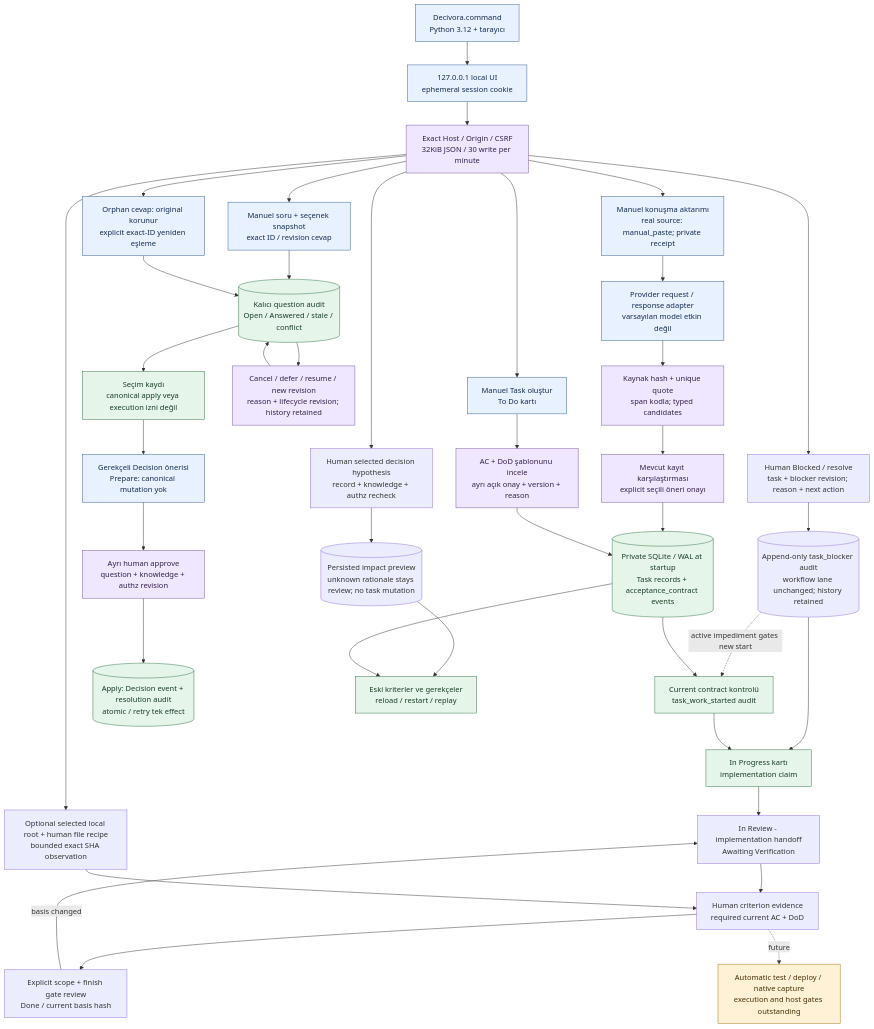
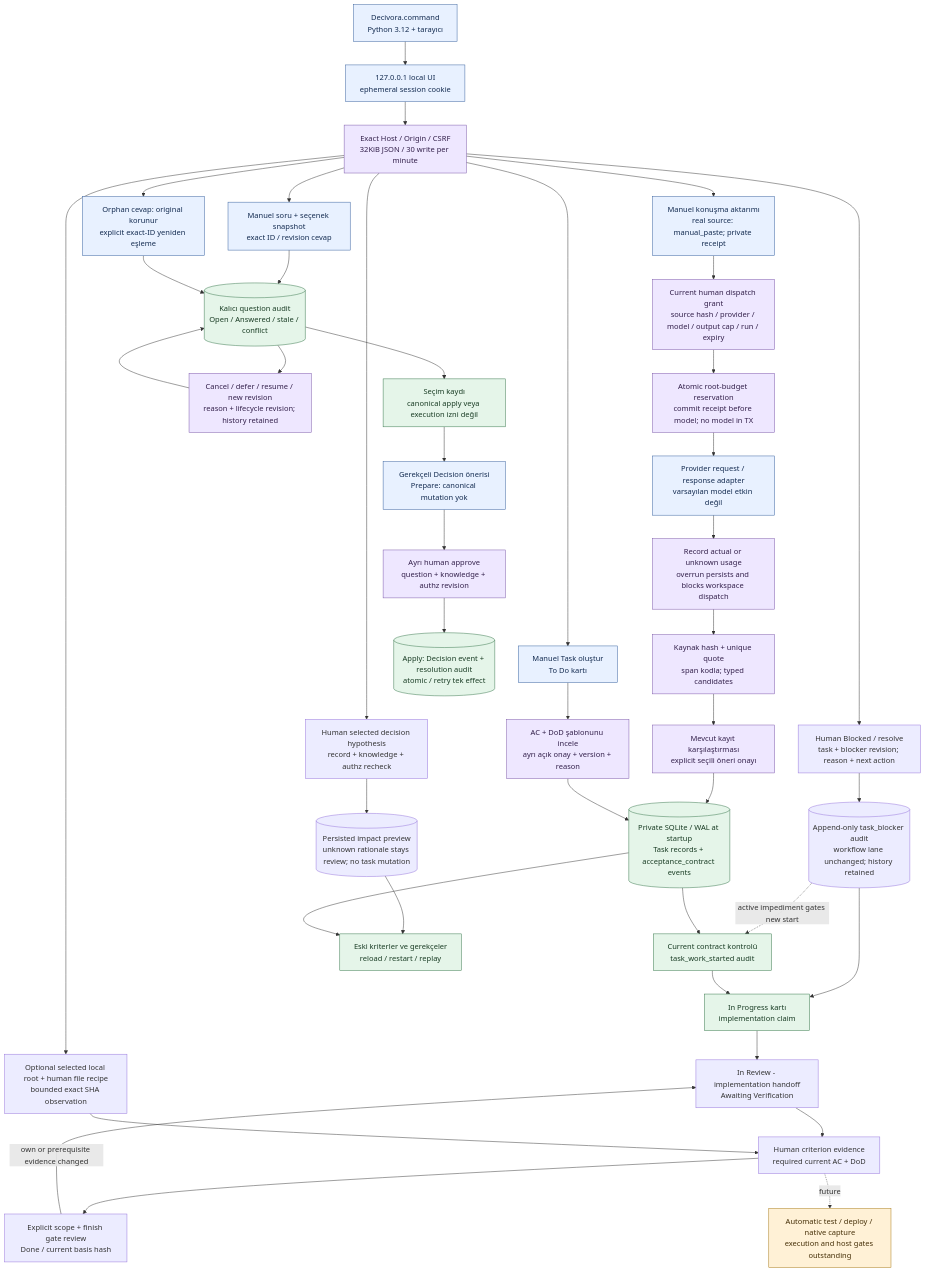
One commit to alphanAkbulut/decivora changed the diagram in docs/architecture/local-preview.md. Above: the diagram before and after it, drawn with Mermaid. The commit also changed other lines of this file and 36 other files, not shown here.

Commit message:
Fix completion propagation and dispatch budget guards; verify all diagrams and UI in CI

````diff
--- a/docs/architecture/local-preview.md
+++ b/docs/architecture/local-preview.md
@@ -5,52 +5,55 @@
 ```mermaid
 flowchart TB
     accTitle: Çalışan yerel program, onaylı AC ve kalıcı kayıt
     accDescr: Launcher yalnız loopback server açar. Ephemeral yerel session ve CSRF kontrolü gerekir. Manuel görev ve AC kalıcı SQLite'a yazılır. In Progress çalışma beyanıdır, Done yalnız güncel yerel human-review kriterleri ve finish gates geçince üretilir; automatic verifier açık kalır.
     L["Decivora.command<br/>Python 3.12 + tarayıcı"] --> S["127.0.0.1 local UI<br/>ephemeral session cookie"]
     S --> G["Exact Host / Origin / CSRF<br/>32KiB JSON / 30 write per minute"]
     G --> I0["Manuel konuşma aktarımı<br/>real source: manual_paste; private receipt"]
-    I0 --> M0["Provider request / response adapter<br/>varsayılan model etkin değil"]
-    M0 --> K0["Kaynak hash + unique quote<br/>span kodla; typed candidates"]
+    I0 --> MG["Current human dispatch grant<br/>source hash / provider / model / output cap / run / expiry"]
+    MG --> BR["Atomic root-budget reservation<br/>commit receipt before model; no model in TX"]
+    BR --> M0["Provider request / response adapter<br/>varsayılan model etkin değil"]
+    M0 --> US["Record actual or unknown usage<br/>overrun persists and blocks workspace dispatch"]
+    US --> K0["Kaynak hash + unique quote<br/>span kodla; typed candidates"]
     K0 --> E0["Mevcut kayıt karşılaştırması<br/>explicit seçili öneri onayı"]
     E0 --> D
     G --> F0["Human Blocked / resolve<br/>task + blocker revision; reason + next action"]
     F0 --> F1[("Append-only task_blocker audit<br/>workflow lane unchanged; history retained")]
     F1 --> B
     F1 -. active impediment gates new start .-> W
     G --> T["Manuel Task oluştur<br/>To Do kartı"]
     G --> Q["Manuel soru + seçenek snapshot<br/>exact ID / revision cevap"]
     Q --> R[("Kalıcı question audit<br/>Open / Answered / stale / conflict")]
     R --> Z["Cancel / defer / resume / new revision<br/>reason + lifecycle revision; history retained"]
     Z --> R
     G --> U["Orphan cevap: original korunur<br/>explicit exact-ID yeniden eşleme"]
     U --> R
     R --> N["Seçim kaydı<br/>canonical apply veya execution izni değil"]
     N --> P["Gerekçeli Decision önerisi<br/>Prepare: canonical mutation yok"]
     P --> O["Ayrı human approve<br/>question + knowledge + authz revision"]
     O --> C[("Apply: Decision event + resolution audit<br/>atomic / retry tek effect")]
     T --> A["AC + DoD şablonunu incele<br/>ayrı açık onay + version + reason"]
     A --> D[("Private SQLite / WAL at startup<br/>Task records + acceptance_contract events")]
     G --> IP["Human selected decision hypothesis<br/>record + knowledge + authz recheck"]
     IP --> IX[("Persisted impact preview<br/>unknown rationale stays review; no task mutation")]
     IX --> H
     D --> W["Current contract kontrolü<br/>task_work_started audit"]
     W --> B["In Progress kartı<br/>implementation claim"]
     D --> H["Eski kriterler ve gerekçeler<br/>reload / restart / replay"]
     B --> IR["In Review - implementation handoff<br/>Awaiting Verification"]
     IR --> HV["Human criterion evidence<br/>required current AC + DoD"]
     HV --> CD["Explicit scope + finish gate review<br/>Done / current basis hash"]
-    CD -->|basis changed| IR
+    CD -->|own or prerequisite evidence changed| IR
     G --> VF["Optional selected local root + human file recipe<br/>bounded exact SHA observation"]
     VF --> HV
     HV -. future .-> V["Automatic test / deploy / native capture<br/>execution and host gates outstanding"]
     classDef launcher fill:#e8f1ff,stroke:#315c9b,color:#132b50;
     classDef guard fill:#eee7ff,stroke:#7853a7,color:#33204b;
     classDef stored fill:#e5f5e9,stroke:#327347,color:#193c24;
     classDef pending fill:#fff1d6,stroke:#a47511,color:#463008;
     class L,S,T launcher;
-    class G,A,O,Z,K0,E0 guard;
+    class G,A,O,Z,K0,E0,MG,BR,US guard;
     class D,W,B,H,R,N stored;
     class Q,P,U,I0,M0 launcher;
     class C stored;
     class V pending;
 ```
````
